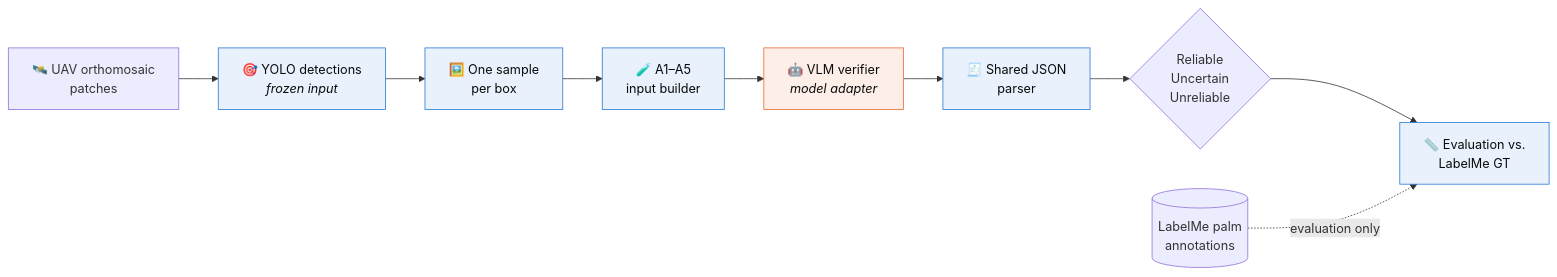
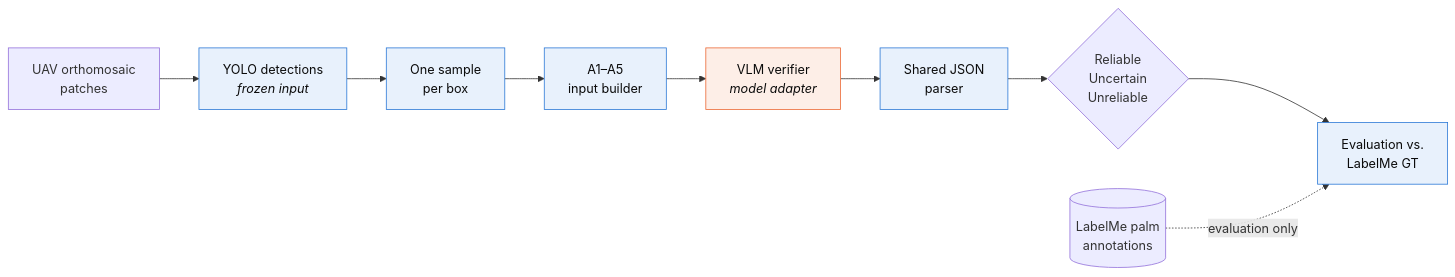
One commit to AnnieZX/wild-palm-lvm-verification changed the diagram in README.md. Above: the diagram before and after it, drawn with Mermaid. The commit also changed other lines of this file and 3 other files, not shown here.

````diff
--- a/README.md
+++ b/README.md
@@ -141,16 +152,16 @@
 ```mermaid
 flowchart LR
-    A["🛰️ UAV orthomosaic<br/>patches"] --> B["🎯 YOLO detections<br/><i>frozen input</i>"]
-    B --> C["🖼️ One sample<br/>per box"]
-    C --> D["🧪 A1–A5<br/>input builder"]
-    D --> E["🤖 VLM verifier<br/><i>model adapter</i>"]
-    E --> F["🧾 Shared JSON<br/>parser"]
+    A["UAV orthomosaic<br/>patches"] --> B["YOLO detections<br/><i>frozen input</i>"]
+    B --> C["One sample<br/>per box"]
+    C --> D["A1–A5<br/>input builder"]
+    D --> E["VLM verifier<br/><i>model adapter</i>"]
+    E --> F["Shared JSON<br/>parser"]
     F --> G{"Reliable<br/>Uncertain<br/>Unreliable"}
-    G --> H["📏 Evaluation vs.<br/>LabelMe GT"]
+    G --> H["Evaluation vs.<br/>LabelMe GT"]
     GT[("LabelMe palm<br/>annotations")] -. evaluation only .-> H
 
     classDef frozen fill:#e8f1fc,stroke:#2a78d6,color:#0b0b0b
     classDef model fill:#fdeee7,stroke:#eb6834,color:#0b0b0b
     class B,C,D,F,H frozen
     class E model
 ```
````
